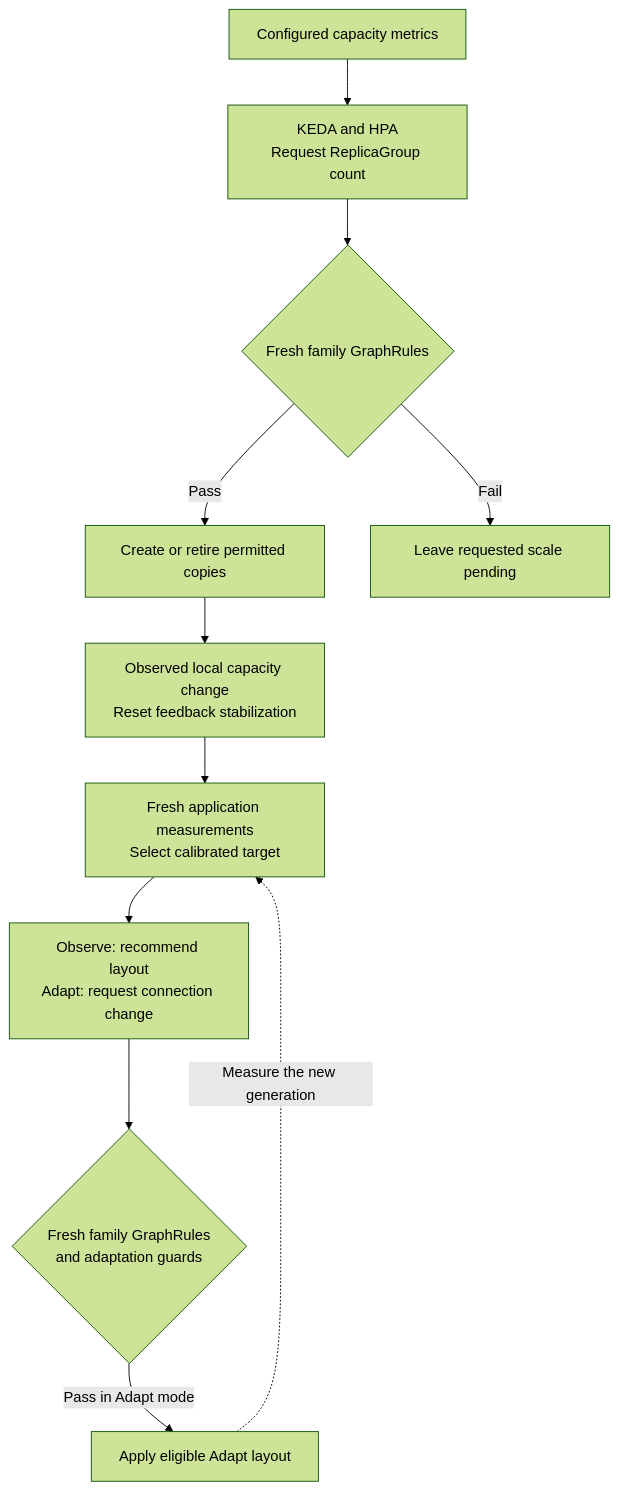
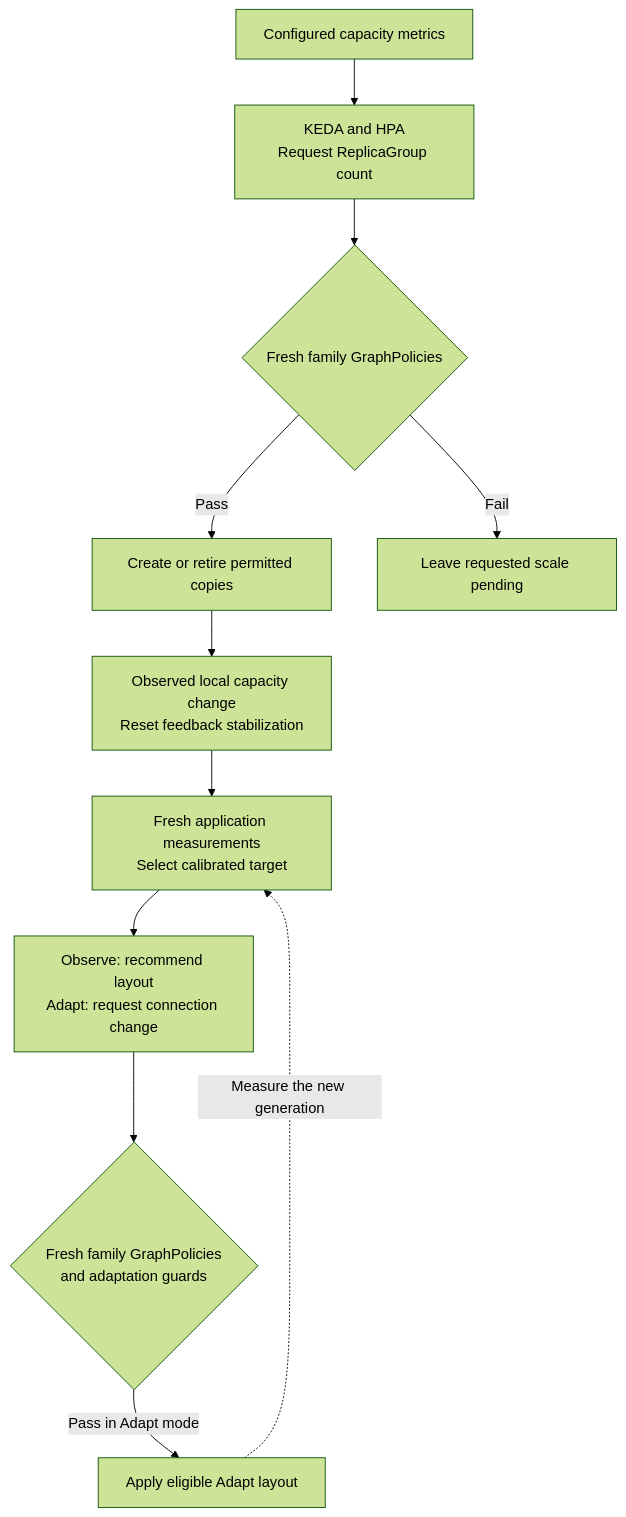
One commit to astrivant/polyad changed the fifth of 7 diagrams in docs/graphs/cheeger-orchestration.md. Above: the diagram before and after it, drawn with Mermaid (forest theme). The commit also changed other lines of this file and 182 other files, not shown here.

Commit message:
GraphPolicies rename

````diff
--- a/docs/graphs/cheeger-orchestration.md
+++ b/docs/graphs/cheeger-orchestration.md
@@ -206,17 +206,17 @@
 ```mermaid
 flowchart TB
     metrics["Configured capacity metrics"]
     keda["KEDA and HPA<br/>Request ReplicaGroup count"]
-    admission{"Fresh family GraphRules"}
+    admission{"Fresh family GraphPolicies"}
     copies["Create or retire permitted copies"]
     settle["Observed local capacity change<br/>Reset feedback stabilization"]
     samples["Fresh application measurements<br/>Select calibrated target"]
     proposal["Observe: recommend layout<br/>Adapt: request connection change"]
-    recheck{"Fresh family GraphRules<br/>and adaptation guards"}
+    recheck{"Fresh family GraphPolicies<br/>and adaptation guards"}
     edges["Apply eligible Adapt layout"]
     metrics --> keda --> admission
     admission -->|"Pass"| copies --> settle --> samples --> proposal --> recheck
     admission -->|"Fail"| hold["Leave requested scale pending"]
     recheck -->|"Pass in Adapt mode"| edges
     edges -. "Measure the new generation" .-> samples
 ```
````
